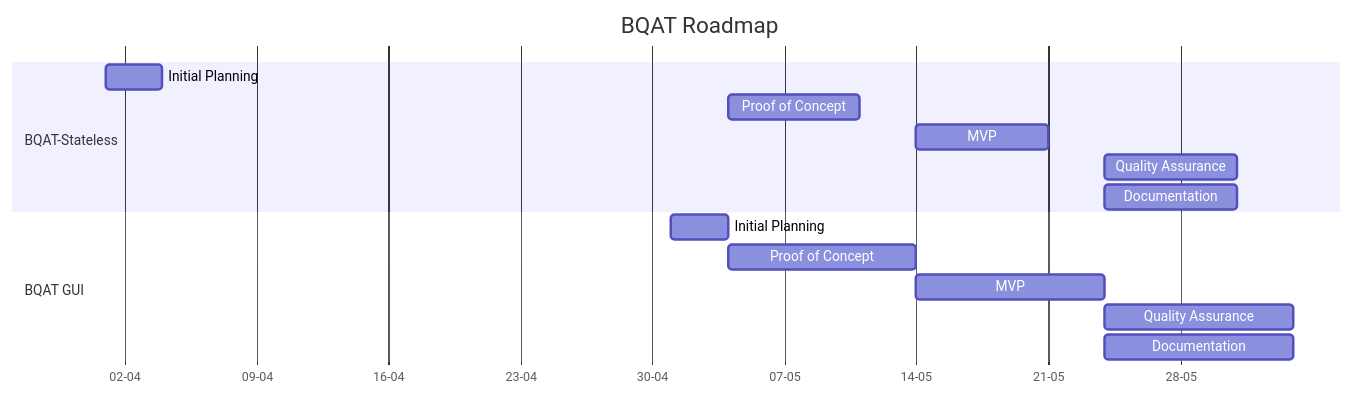
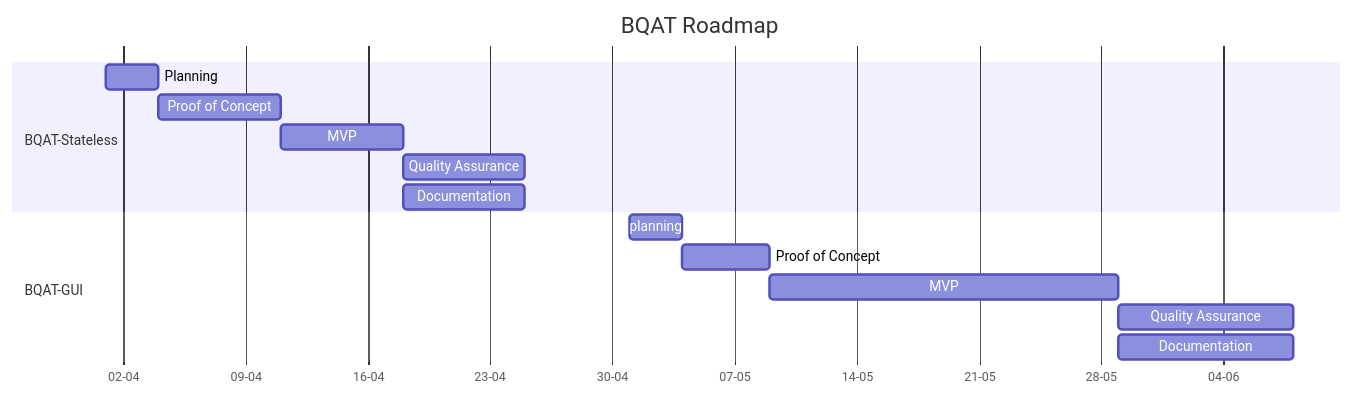
Before and after one commit to Biometix/biometix.github.io: the diagram in solutions/roadmap.md, drawn with Mermaid. The commit also changed other lines of this file and 2 other files, not shown here.

Commit message:
Update diagrams

````diff
--- a/solutions/roadmap.md
+++ b/solutions/roadmap.md
@@ -12,20 +12,20 @@
 ``` mermaid
 gantt
     title BQAT Roadmap
     dateFormat  DD-MM
     axisFormat  %d-%m
 
     section BQAT-Stateless
-    Initial Planning    : a1, 01-04, 3d
+    Planning    : a1, 01-04, 3d
     Proof of Concept    : a2, after a1, 7d
     MVP                 : a3, after a2, 7d
     Quality Assurance   : a4, after a3, 7d
     Documentation       : after a3, 7d
 
-    section BQAT GUI
-    Initial Planning    : a1, 01-05, 3d
-    Proof of Concept    : a2, after a1, 10d
-    MVP                 : a3, after a2, 10d
-    Quality Assurance   : a4, after a3, 10d
-    Documentation       : after a3, 10d
+    section BQAT-GUI
+    planning    : a5, 01-05, 3d
+    Proof of Concept    : a6, after a5, 5d
+    MVP                 : a7, after a6, 20d
+    Quality Assurance   : a8, after a7, 10d
+    Documentation       : after a7, 10d
 ```
````
